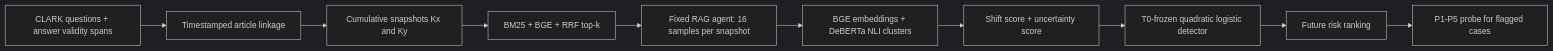
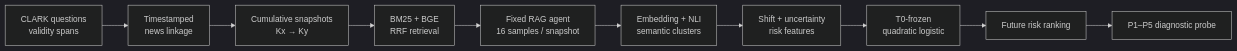
One commit to yoon-chan-hyeok/temporal-rag-drift changed the diagram in README.md. Above: the diagram before and after it, drawn with Mermaid (dark theme). The commit also changed other lines of this file, not shown here.

````diff
--- a/README.md
+++ b/README.md
@@ -47,12 +50,12 @@
 ```mermaid
 flowchart LR
-    A["CLARK questions + answer validity spans"] --> B["Timestamped article linkage"]
-    B --> C["Cumulative snapshots Kx and Ky"]
-    C --> D["BM25 + BGE + RRF top-k"]
-    D --> E["Fixed RAG agent: 16 samples per snapshot"]
-    E --> F["BGE embeddings + DeBERTa NLI clusters"]
-    F --> G["Shift score + uncertainty score"]
-    G --> H["T0-frozen quadratic logistic detector"]
+    A["CLARK questions<br/>validity spans"] --> B["Timestamped<br/>news linkage"]
+    B --> C["Cumulative snapshots<br/>Kx → Ky"]
+    C --> D["BM25 + BGE<br/>RRF retrieval"]
+    D --> E["Fixed RAG agent<br/>16 samples / snapshot"]
+    E --> F["Embedding + NLI<br/>semantic clusters"]
+    F --> G["Shift + uncertainty<br/>risk features"]
+    G --> H["T0-frozen<br/>quadratic logistic"]
     H --> I["Future risk ranking"]
-    I --> J["P1-P5 probe for flagged cases"]
+    I --> J["P1–P5 diagnostic probe"]
 ```
````
